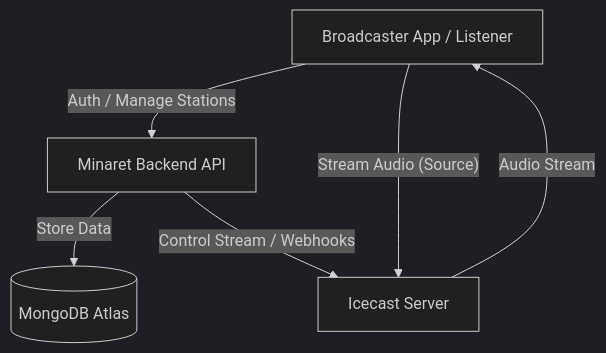
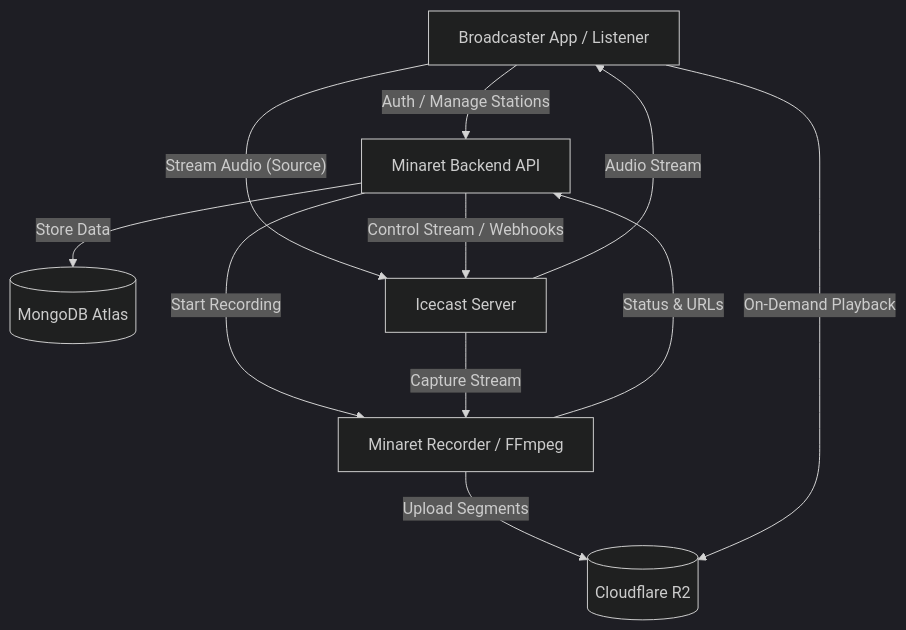
One commit to varletint/minaret- changed the diagram in README.md. Above: the diagram before and after it, drawn with Mermaid (dark theme). The commit also changed other lines of this file, not shown here.

Commit message:
docs(readme): add minaret-recorder architecture and update badges

````diff
--- a/README.md
+++ b/README.md
@@ -16,13 +16,21 @@
 ```mermaid
 graph TD
     Client[Broadcaster App / Listener]
     API[Minaret Backend API]
     DB[(MongoDB Atlas)]
     Icecast[Icecast Server]
+    Recorder[Minaret Recorder / FFmpeg]
+    Storage[(Cloudflare R2)]
 
     Client -- "Auth / Manage Stations" --> API
     API -- "Store Data" --> DB
     Client -- "Stream Audio (Source)" --> Icecast
     API -- "Control Stream / Webhooks" --> Icecast
     Icecast -- "Audio Stream" --> Client
+
+    API -- "Start Recording" --> Recorder
+    Icecast -- "Capture Stream" --> Recorder
+    Recorder -- "Upload Segments" --> Storage
+    Recorder -- "Status & URLs" --> API
+    Client -- "On-Demand Playback" --> Storage
 ```
````
